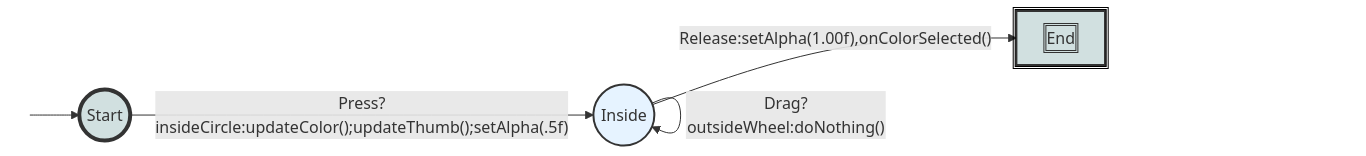
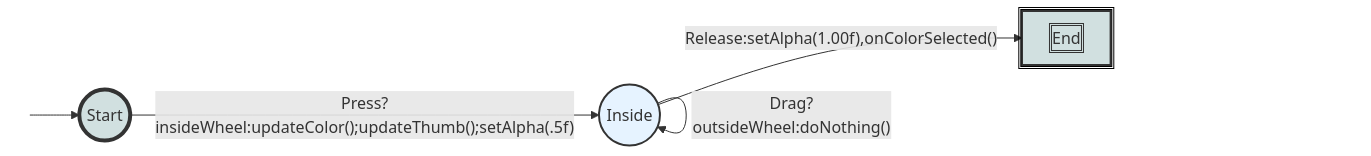
The diagram in assignments/colorpicker.md (jmankoff/interaction), drawn with Mermaid before and after one commit. The commit also changed other lines of this file, not shown here.

Commit message:
EX3spec PPS diagram fix

```diff
--- a/assignments/colorpicker.md
+++ b/assignments/colorpicker.md
@@ -110,19 +110,19 @@
 <div class="mermaid">
 graph LR
 S((.)) --> A((Start))
-A -- "Press?insideCircle:updateColor();updateThumb();setAlpha(.5f)" --> I((Inside))
+A -- "Press?insideWheel:updateColor();updateThumb();setAlpha(.5f)" --> I((Inside))
 I -- "Release:setAlpha(1.00f),onColorSelected()" --> E[End]
 I -- "Drag?insideWheel:updateColor();updateThumb()" --> I
 I -- "Drag?outsideWheel:doNothing()" --> I
 
 classDef finish outline-style:double,fill:#d1e0e0,stroke:#333,stroke-width:2px;
 classDef normal fill:#e6f3ff,stroke:#333,stroke-width:2px;
 classDef start fill:#d1e0e0,stroke:#333,stroke-width:4px;
 classDef invisible fill:#FFFFFF,stroke:#FFFFFF,color:#FFFFFF
 
 class S invisible
 class A start
 class E finish
 class I normal
 
 </div>
```
